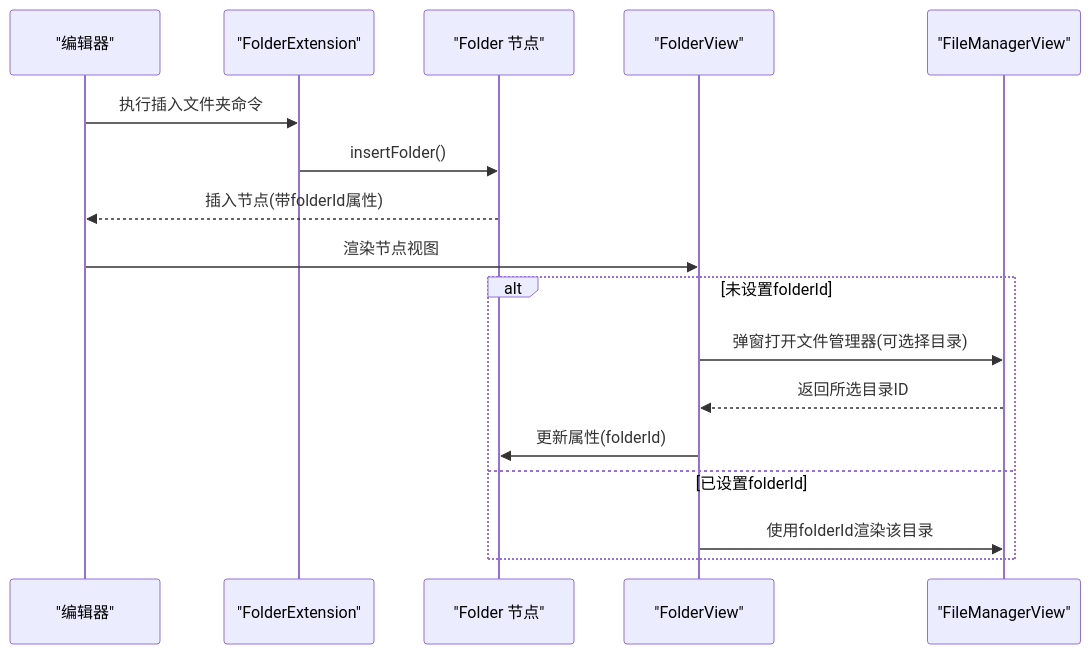
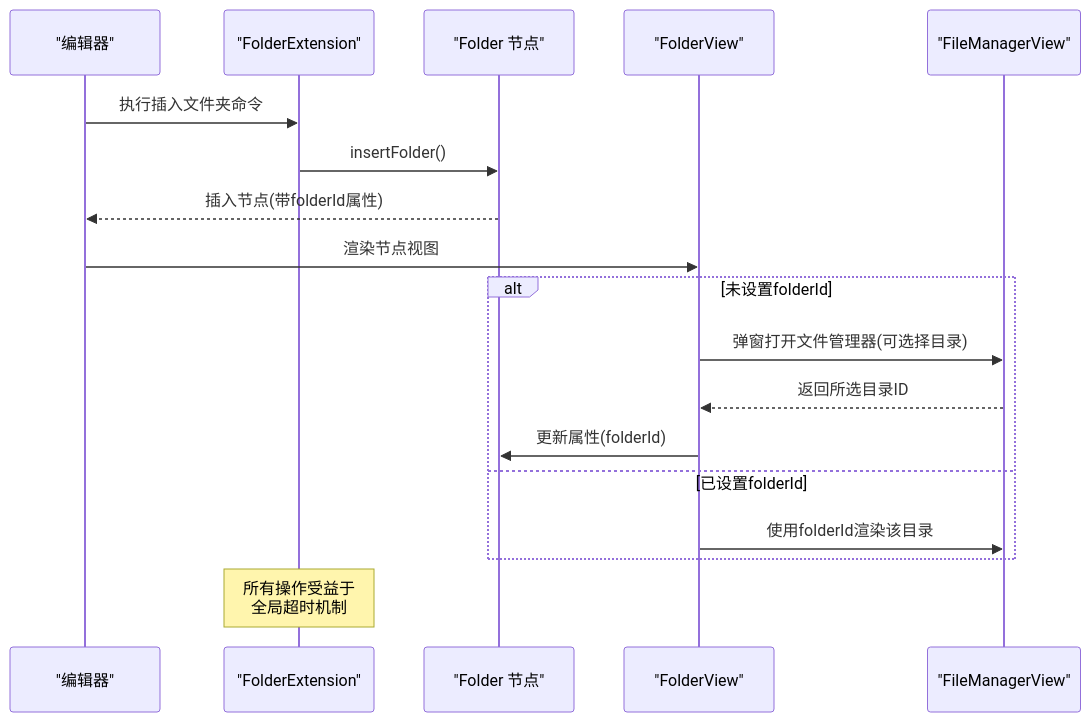
One commit to LRF0422/Kotion changed the seventh of 10 diagrams in .qoder/repowiki/zh/content/功能模块/文件管理插件/文件管理插件.md. Above: the diagram before and after it, drawn with Mermaid. The commit also changed other lines of this file and 75 other files, not shown here.

````diff
--- a/.qoder/repowiki/zh/content/功能模块/文件管理插件/文件管理插件.md
+++ b/.qoder/repowiki/zh/content/功能模块/文件管理插件/文件管理插件.md
@@ -212,19 +647,20 @@
 ```mermaid
 sequenceDiagram
 participant E as "编辑器"
 participant FE as "FolderExtension"
 participant FN as "Folder 节点"
 participant FV as "FolderView"
 participant FM as "FileManagerView"
 E->>FE : 执行插入文件夹命令
 FE->>FN : insertFolder()
 FN-->>E : 插入节点(带folderId属性)
 E->>FV : 渲染节点视图
 alt 未设置folderId
 FV->>FM : 弹窗打开文件管理器(可选择目录)
 FM-->>FV : 返回所选目录ID
 FV->>FN : 更新属性(folderId)
 else 已设置folderId
 FV->>FM : 使用folderId渲染该目录
 end
+Note over FE : 所有操作受益于<br/>全局超时机制
 ```
````
